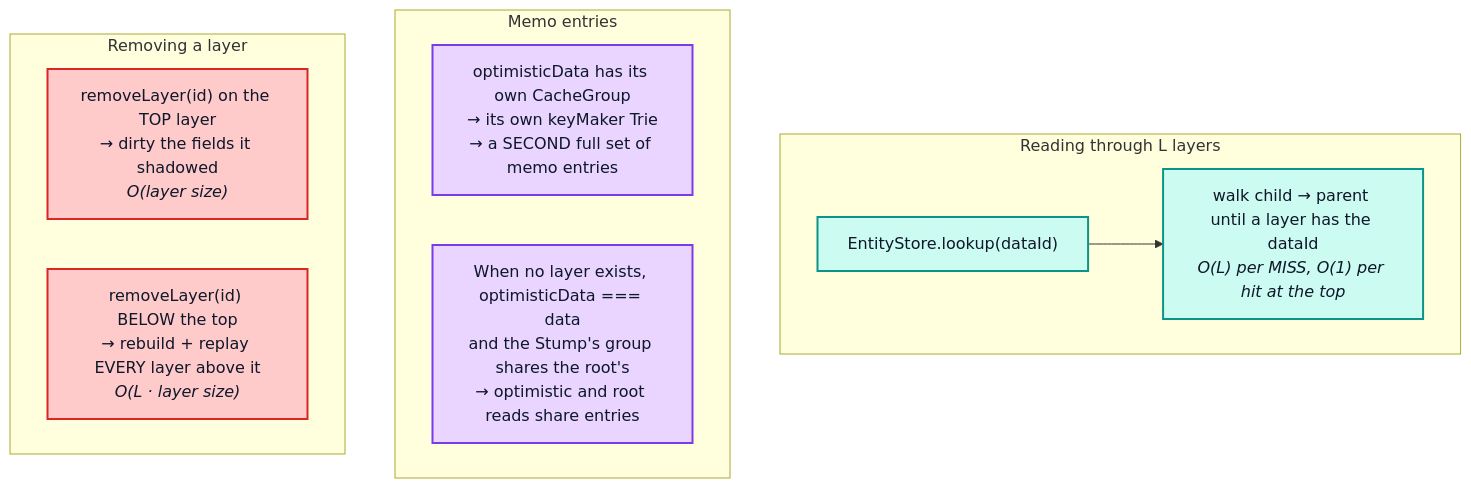
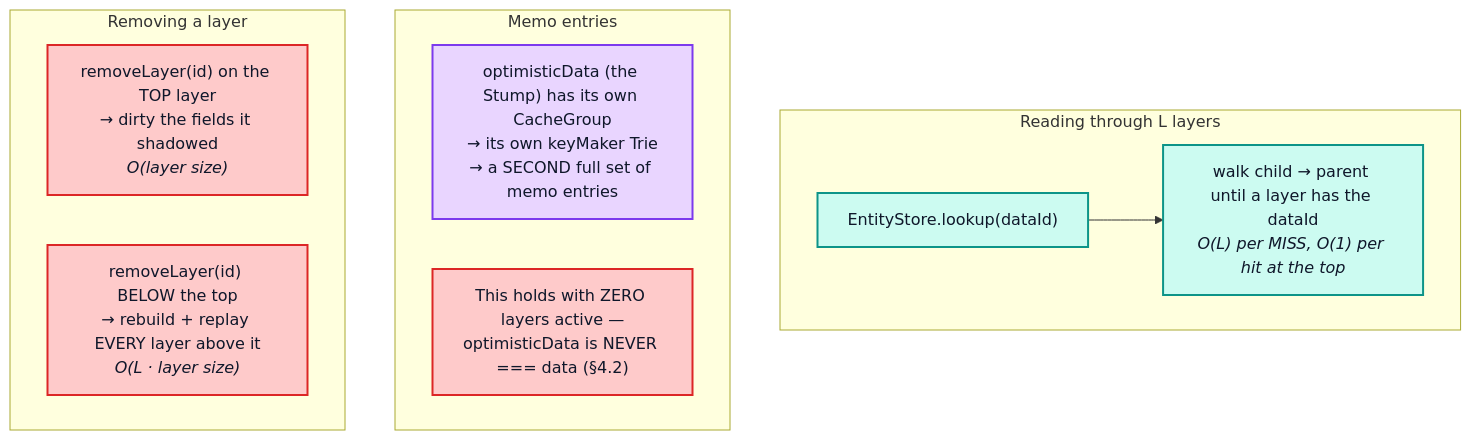
The ninth of 14 diagrams in docs/apollo-client-inmemory-cache-performance.md (convict-git/fast-gql-cache-rs), drawn with Mermaid before and after one commit. The commit also changed other lines of this file and 2 other files, not shown here.

First line of the commit message:
docs(cache): correct canonicalStringify, supportsResultCaching and evict claims

````diff
--- a/docs/apollo-client-inmemory-cache-performance.md
+++ b/docs/apollo-client-inmemory-cache-performance.md
@@ -652,22 +767,22 @@
 ```mermaid
 flowchart TB
     subgraph reading["Reading through L layers"]
         R1["EntityStore.lookup(dataId)"]:::read
         R2["walk child → parent until a layer has the dataId<br/><i>O(L) per MISS, O(1) per hit at the top</i>"]:::read
         R1 --> R2
     end
 
     subgraph memoing["Memo entries"]
-        M1["optimisticData has its own CacheGroup<br/>→ its own keyMaker Trie<br/>→ a SECOND full set of memo entries"]:::memo
-        M2["When no layer exists, optimisticData === data<br/>and the Stump's group shares the root's<br/>→ optimistic and root reads share entries"]:::memo
+        M1["optimisticData (the Stump) has its own CacheGroup<br/>→ its own keyMaker Trie<br/>→ a SECOND full set of memo entries"]:::memo
+        M2["This holds with ZERO layers active —<br/>optimisticData is NEVER === data (§4.2)"]:::dirty
     end
 
     subgraph removing["Removing a layer"]
         D1["removeLayer(id) on the TOP layer<br/>→ dirty the fields it shadowed<br/><i>O(layer size)</i>"]:::dirty
         D2["removeLayer(id) BELOW the top<br/>→ rebuild + replay EVERY layer above it<br/><i>O(L · layer size)</i>"]:::dirty
     end
 
     classDef read fill:#ccfbf1,stroke:#0d9488,stroke-width:2px,color:#0f172a
     classDef memo fill:#e9d5ff,stroke:#7c3aed,stroke-width:2px,color:#0f172a
     classDef dirty fill:#fecaca,stroke:#dc2626,stroke-width:2px,color:#0f172a
 ```
````
